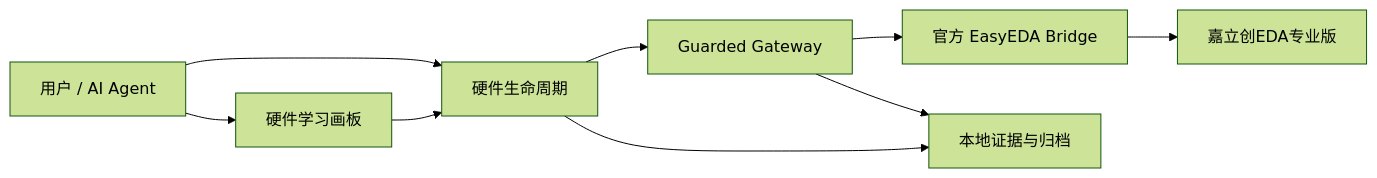
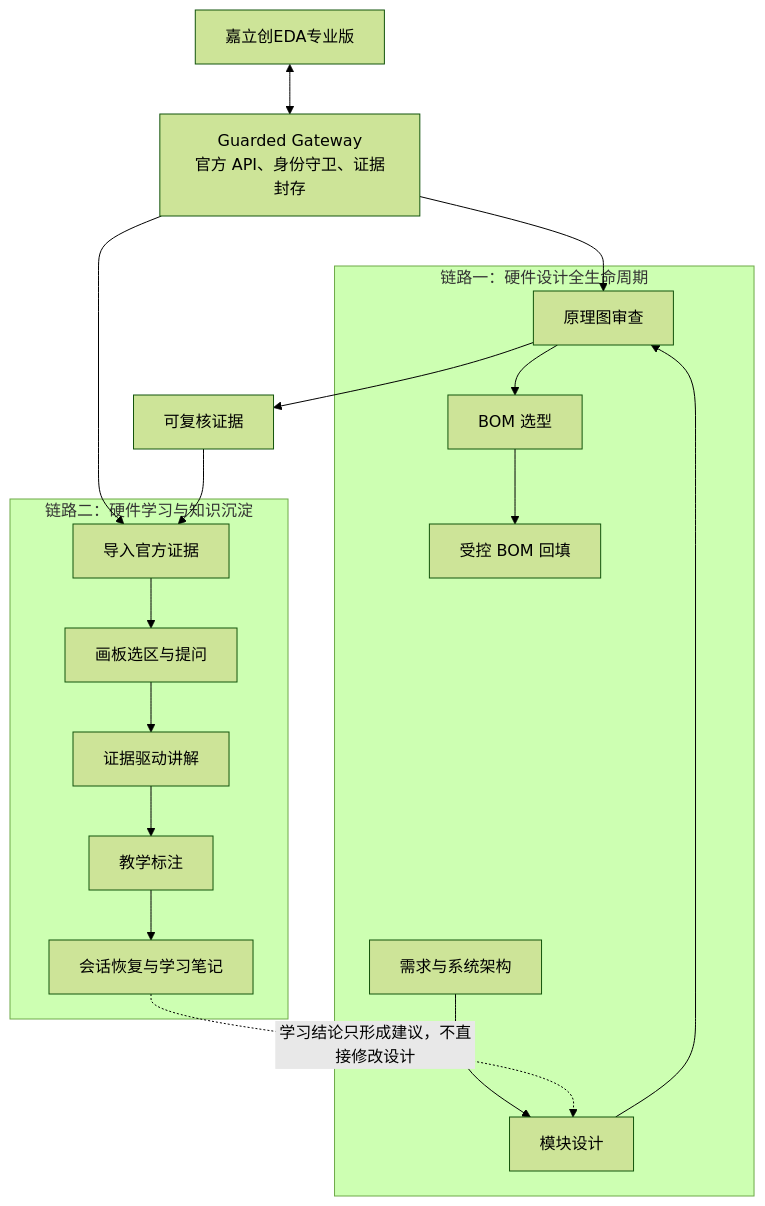
The diagram in README.md (Lyyyy212/HeiWuEDA), drawn with Mermaid (forest theme) before and after one commit. The commit also changed other lines of this file, not shown here.

Commit message:
docs: focus README on modules and core flows

````diff
--- a/README.md
+++ b/README.md
@@ -34,11 +41,24 @@
 ```mermaid
-flowchart LR
-    U[用户 / AI Agent] --> L[硬件生命周期]
-    U --> C[硬件学习画板]
-    C --> L
-    L --> G[Guarded Gateway]
-    G --> B[官方 EasyEDA Bridge]
-    B --> E[嘉立创EDA专业版]
-    G --> A[本地证据与归档]
-    L --> A
+flowchart TB
+    EDA[嘉立创EDA专业版] <--> G[Guarded Gateway<br/>官方 API、身份守卫、证据封存]
+
+    subgraph D[链路一：硬件设计全生命周期]
+        D1[需求与系统架构] --> D2[模块设计]
+        D2 --> D3[原理图审查]
+        D3 --> D4[BOM 选型]
+        D4 --> D5[受控 BOM 回填]
+    end
+
+    subgraph L[链路二：硬件学习与知识沉淀]
+        L1[导入官方证据] --> L2[画板选区与提问]
+        L2 --> L3[证据驱动讲解]
+        L3 --> L4[教学标注]
+        L4 --> L5[会话恢复与学习笔记]
+    end
+
+    G --> D3
+    G --> L1
+    D3 --> EV[可复核证据]
+    EV --> L1
+    L5 -.学习结论只形成建议，不直接修改设计.-> D2
 ```
````
